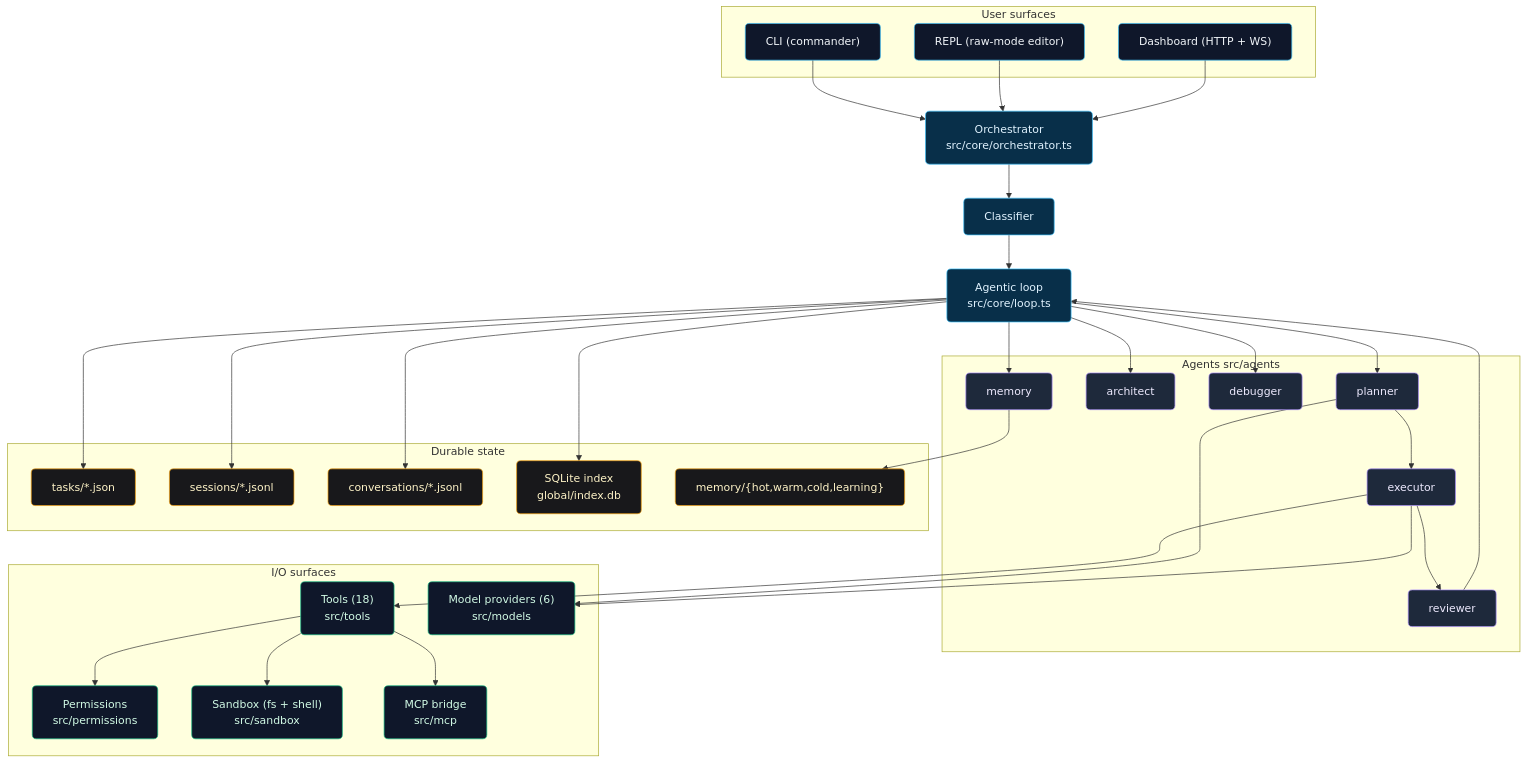
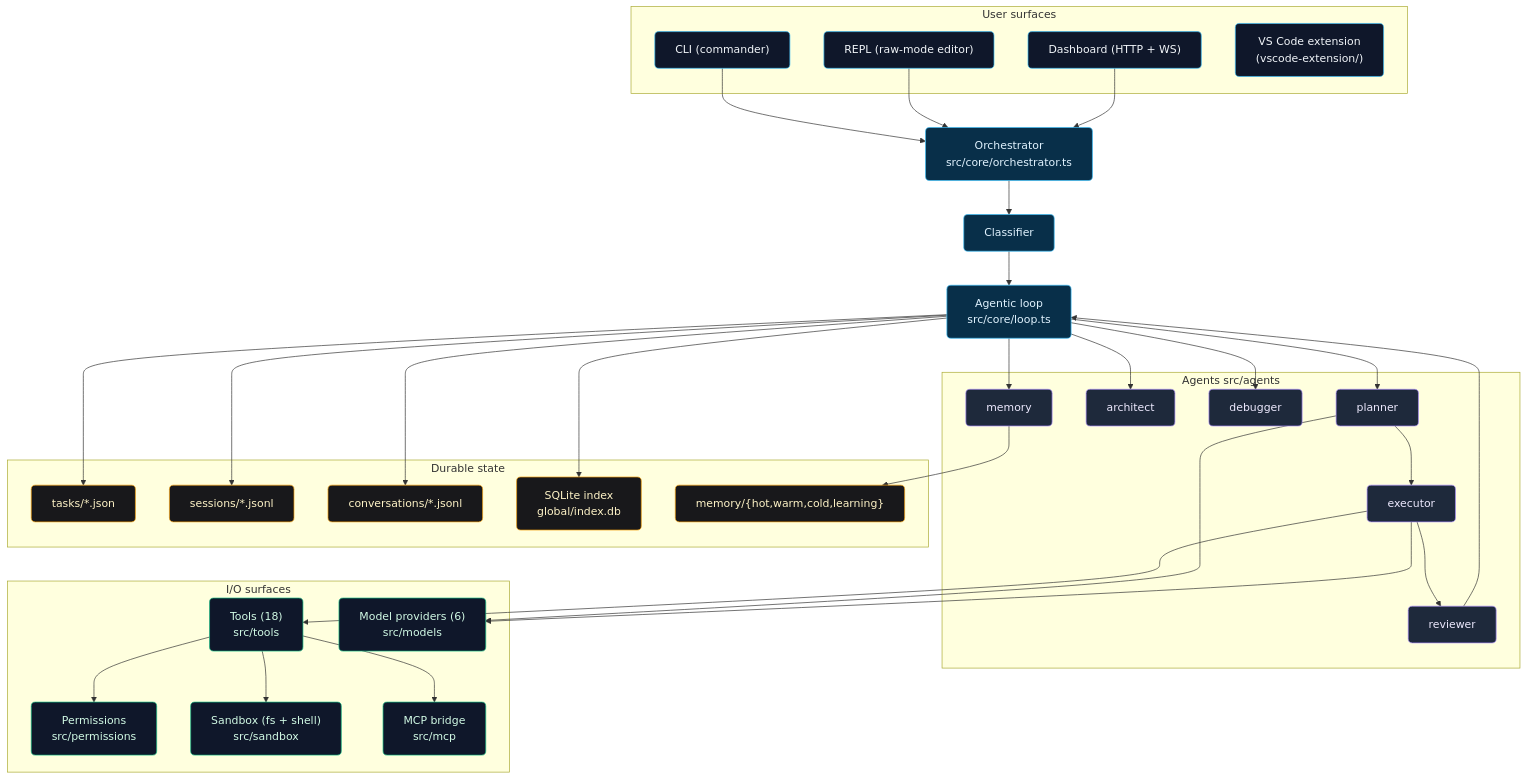
The first of 13 diagrams in docs/ARCHITECTURE.md (hoangsonww/Forge-Agentic-Coding-CLI), drawn with Mermaid before and after one commit. The commit also changed other lines of this file and 40 other files, not shown here.

First line of the commit message:
feat: add VS Code extension with sidebar, dashboard webview, status bar, and deep linking

````diff
--- a/docs/ARCHITECTURE.md
+++ b/docs/ARCHITECTURE.md
@@ -33,67 +34,68 @@
 ```mermaid
 flowchart TB
   classDef surface fill:#0f172a,stroke:#38bdf8,color:#f1f5f9,rx:6,ry:6
   classDef core    fill:#082f49,stroke:#38bdf8,color:#e0f2fe,rx:6,ry:6
   classDef agent   fill:#1e293b,stroke:#a78bfa,color:#ede9fe,rx:6,ry:6
   classDef io      fill:#0f172a,stroke:#10b981,color:#d1fae5,rx:6,ry:6
   classDef store   fill:#18181b,stroke:#f59e0b,color:#fef3c7,rx:6,ry:6
 
   subgraph S[User surfaces]
     CLI["CLI (commander)"]:::surface
     REPL["REPL (raw-mode editor)"]:::surface
     UI["Dashboard (HTTP + WS)"]:::surface
+    VSCX["VS Code extension<br/>(vscode-extension/)"]:::surface
   end
 
   ORCH["Orchestrator<br/>src/core/orchestrator.ts"]:::core
   LOOP["Agentic loop<br/>src/core/loop.ts"]:::core
   CLASS["Classifier"]:::core
 
   subgraph A[Agents src/agents]
     PL["planner"]:::agent
     AR["architect"]:::agent
     EX["executor"]:::agent
     RV["reviewer"]:::agent
     DB["debugger"]:::agent
     ME["memory"]:::agent
   end
 
   subgraph I[I/O surfaces]
     TOOLS["Tools (18)<br/>src/tools"]:::io
     MODELS["Model providers (6)<br/>src/models"]:::io
     PERM["Permissions<br/>src/permissions"]:::io
     SAND["Sandbox (fs + shell)<br/>src/sandbox"]:::io
     MCP["MCP bridge<br/>src/mcp"]:::io
   end
 
   subgraph P[Durable state]
     TASKS["tasks/*.json"]:::store
     SESS["sessions/*.jsonl"]:::store
     CONV["conversations/*.jsonl"]:::store
     IDX["SQLite index<br/>global/index.db"]:::store
     MEM["memory/{hot,warm,cold,learning}"]:::store
   end
 
   CLI --> ORCH
   REPL --> ORCH
   UI --> ORCH
 
   ORCH --> CLASS --> LOOP
   LOOP --> PL --> EX --> RV
   RV --> LOOP
   LOOP --> AR
   LOOP --> DB
   LOOP --> ME
 
   EX --> TOOLS
   TOOLS --> PERM
   TOOLS --> SAND
   TOOLS --> MCP
   PL --> MODELS
   EX --> MODELS
 
   LOOP --> TASKS
   LOOP --> SESS
   LOOP --> CONV
   LOOP --> IDX
   ME  --> MEM
 ```
````
